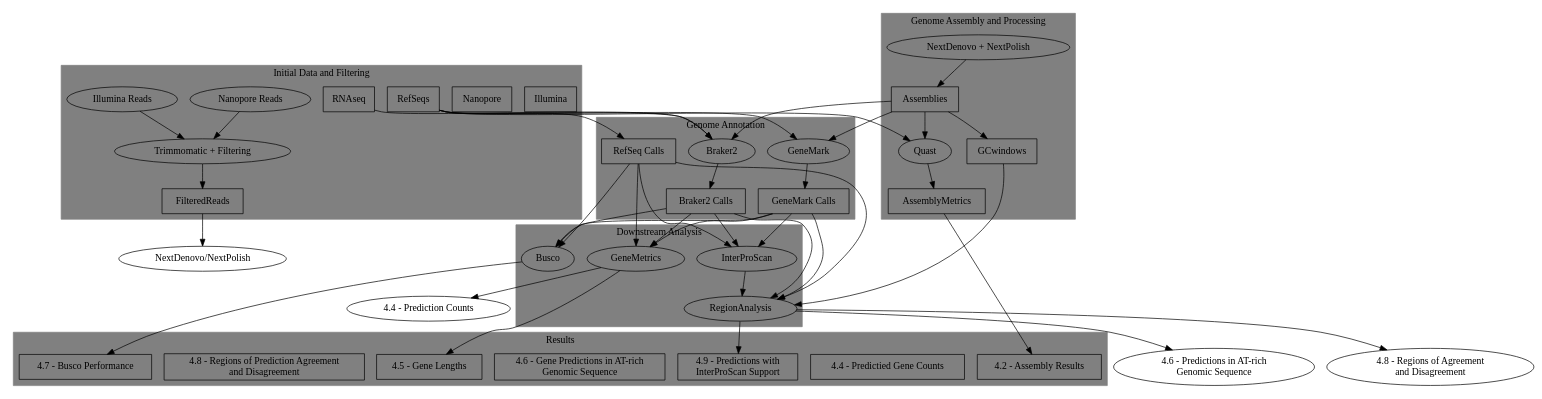
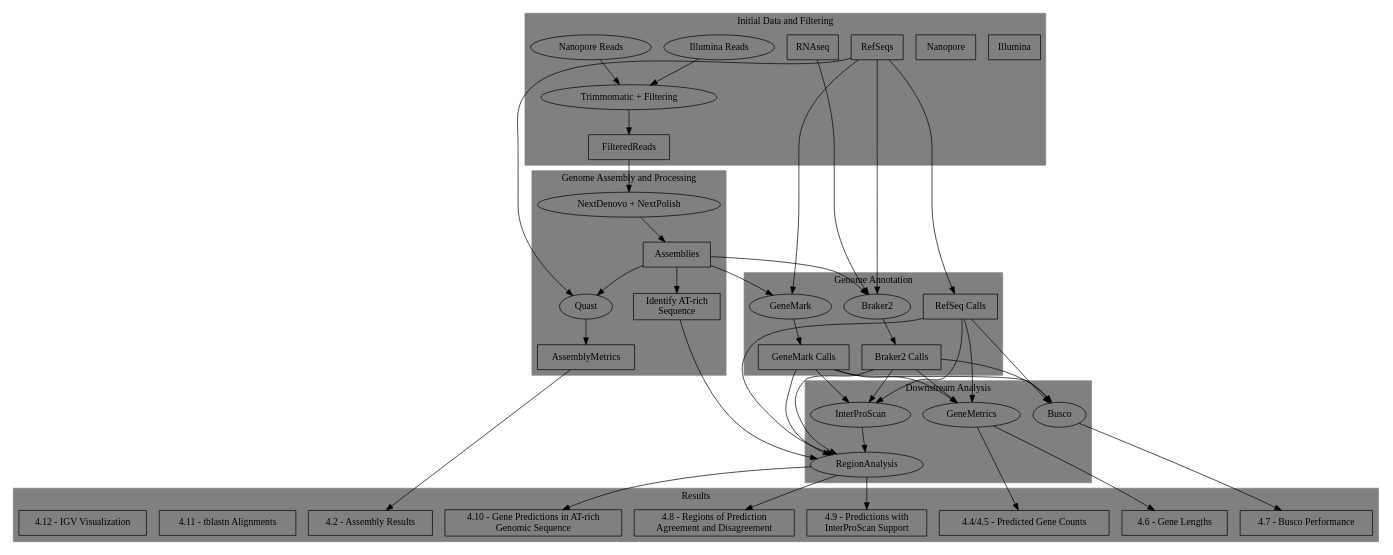
One commit to cbe453/masters changed the diagram in working-thesis/figures/data-flowchart.dot. Above: the diagram before and after it, drawn with Graphviz. The commit also changed 16 other files, not shown here.

```diff
--- a/working-thesis/figures/data-flowchart.dot
+++ b/working-thesis/figures/data-flowchart.dot
@@ -1,102 +1,104 @@
 digraph G{
 
 	subgraph cluster_0 {
 		 style = filled;
 		 color = gray;	
 		 Illumina [shape = rectangle];
         	 Nanopore [shape = rectangle];
 		 "Illumina Reads" -> "Trimmomatic + Filtering";
 		 "Nanopore Reads" -> "Trimmomatic + Filtering";
 		 RefSeqs [shape = rectangle];
 		 RNAseq [shape = rectangle];
 		 FilteredReads [shape = rectangle];
 		 label = "Initial Data and Filtering";
 	}
 
 	subgraph cluster_1 {
 		 style = filled;
 		 color = gray;	
 		 "NextDenovo + NextPolish";
 		 AssemblyMetrics [shape = rectangle];
 		 Assemblies [shape = rectangle];
-		 GCwindows [shape = rectangle]
+		 "Identify AT-rich\nSequence" [shape = rectangle]
 		 Assemblies -> Quast;
-		 Assemblies -> GCwindows;
+		 Assemblies -> "Identify AT-rich\nSequence";
 		 label = "Genome Assembly and Processing";
 	}
 
 	subgraph cluster_2 {
 		 style = filled;
 		 color=gray;
 		 "GeneMark Calls" [shape = rectangle];
 		 "Braker2 Calls" [shape = rectangle];
 		 GeneMark -> "GeneMark Calls";
 		 Braker2 -> "Braker2 Calls";
 		 label = "Genome Annotation";
 		 "RefSeq Calls" [shape = rectangle];
 	}
 
 	subgraph cluster_3 {
 		 style = filled;
 		 color = gray;
 	}
 	
 	"Trimmomatic + Filtering" -> FilteredReads;
-	FilteredReads -> "NextDenovo/NextPolish";
+	FilteredReads -> "NextDenovo + NextPolish";
 	"NextDenovo + NextPolish" -> Assemblies;
 	Assemblies -> GeneMark;
 	Assemblies -> Braker2;
 	RefSeqs -> GeneMark;
 	RefSeqs -> Braker2;
 	RefSeqs -> "RefSeq Calls";
 	RNAseq -> Braker2;
 	RefSeqs -> Quast;
 	Quast -> AssemblyMetrics;
 
 	subgraph cluster_4 {
 		 label = "Downstream Analysis";
 		 style = filled;
 		 color = gray;
 		 Busco;
 		 GeneMetrics;
 		 InterProScan;
 		 RegionAnalysis;
 	}
 
 	"RefSeq Calls" -> GeneMetrics;
 	"GeneMark Calls" -> GeneMetrics;
 	"Braker2 Calls" -> GeneMetrics;
 	"RefSeq Calls" -> Busco;
 	"GeneMark Calls" -> Busco;
 	"Braker2 Calls" -> Busco;
 	"RefSeq Calls" -> InterProScan;
 	"GeneMark Calls" -> InterProScan;
 	"Braker2 Calls" -> InterProScan;
 	"RefSeq Calls" -> RegionAnalysis;
 	"GeneMark Calls" -> RegionAnalysis;
 	"Braker2 Calls" -> RegionAnalysis;
 	InterProScan -> RegionAnalysis;
-	GCwindows -> RegionAnalysis;
+	"Identify AT-rich\nSequence" -> RegionAnalysis;
 
 	subgraph cluster_5 {
 		 label = "Results";
 		 style = filled;
 		 color = gray;
 		 "4.2 - Assembly Results" [shape = rectangle];
-		 "4.4 - Predictied Gene Counts" [shape = rectangle];
-		 "4.5 - Gene Lengths" [shape = rectangle];
-		 "4.6 - Gene Predictions in AT-rich\nGenomic Sequence" [shape = rectangle];
+		 "4.4/4.5 - Predicted Gene Counts" [shape = rectangle];
+		 "4.6 - Gene Lengths" [shape = rectangle];
+		 "4.10 - Gene Predictions in AT-rich\nGenomic Sequence" [shape = rectangle];
 		 "4.7 - Busco Performance" [shape = rectangle];
-		 "4.8 - Regions of Prediction Agreement\nand Disagreement" [shape = rectangle];
+		 "4.8 - Regions of Prediction\nAgreement and Disagreement" [shape = rectangle];
 		 "4.9 - Predictions with\nInterProScan Support" [shape = rectangle];
+		 "4.11 - tblastn Alignments" [shape = rectangle];
+		 "4.12 - IGV Visualization" [shape = rectangle];
 	}
 
 	AssemblyMetrics -> "4.2 - Assembly Results";
-	GeneMetrics -> "4.4 - Prediction Counts";
-	GeneMetrics -> "4.5 - Gene Lengths";
-	RegionAnalysis -> "4.6 - Predictions in AT-rich\nGenomic Sequence";
+	GeneMetrics -> "4.4/4.5 - Predicted Gene Counts";
+	GeneMetrics -> "4.6 - Gene Lengths";
+	RegionAnalysis -> "4.10 - Gene Predictions in AT-rich\nGenomic Sequence";
 	Busco -> "4.7 - Busco Performance";
-	RegionAnalysis -> "4.8 - Regions of Agreement\nand Disagreement";
+	RegionAnalysis -> "4.8 - Regions of Prediction\nAgreement and Disagreement";
 	RegionAnalysis -> "4.9 - Predictions with\nInterProScan Support";
 	
 }
```
